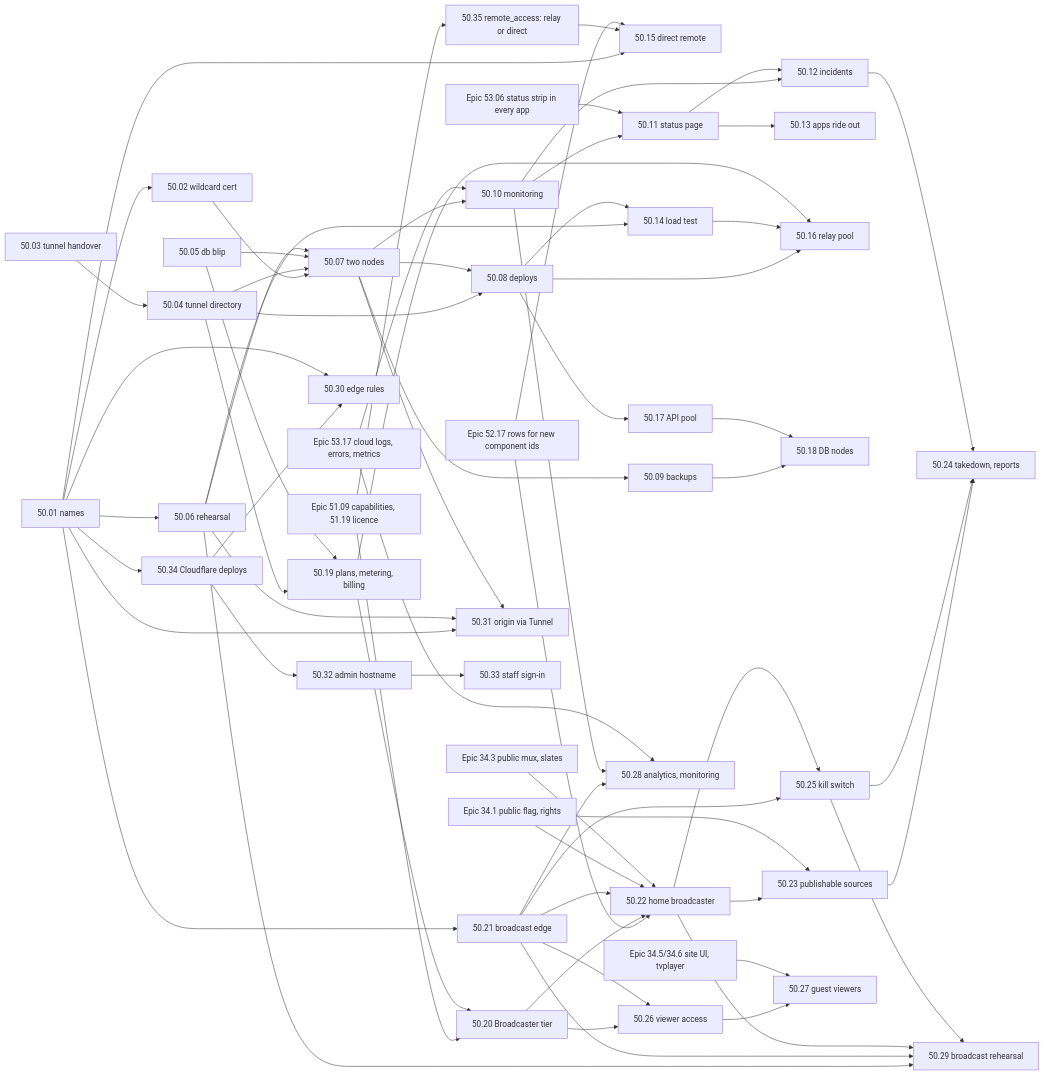
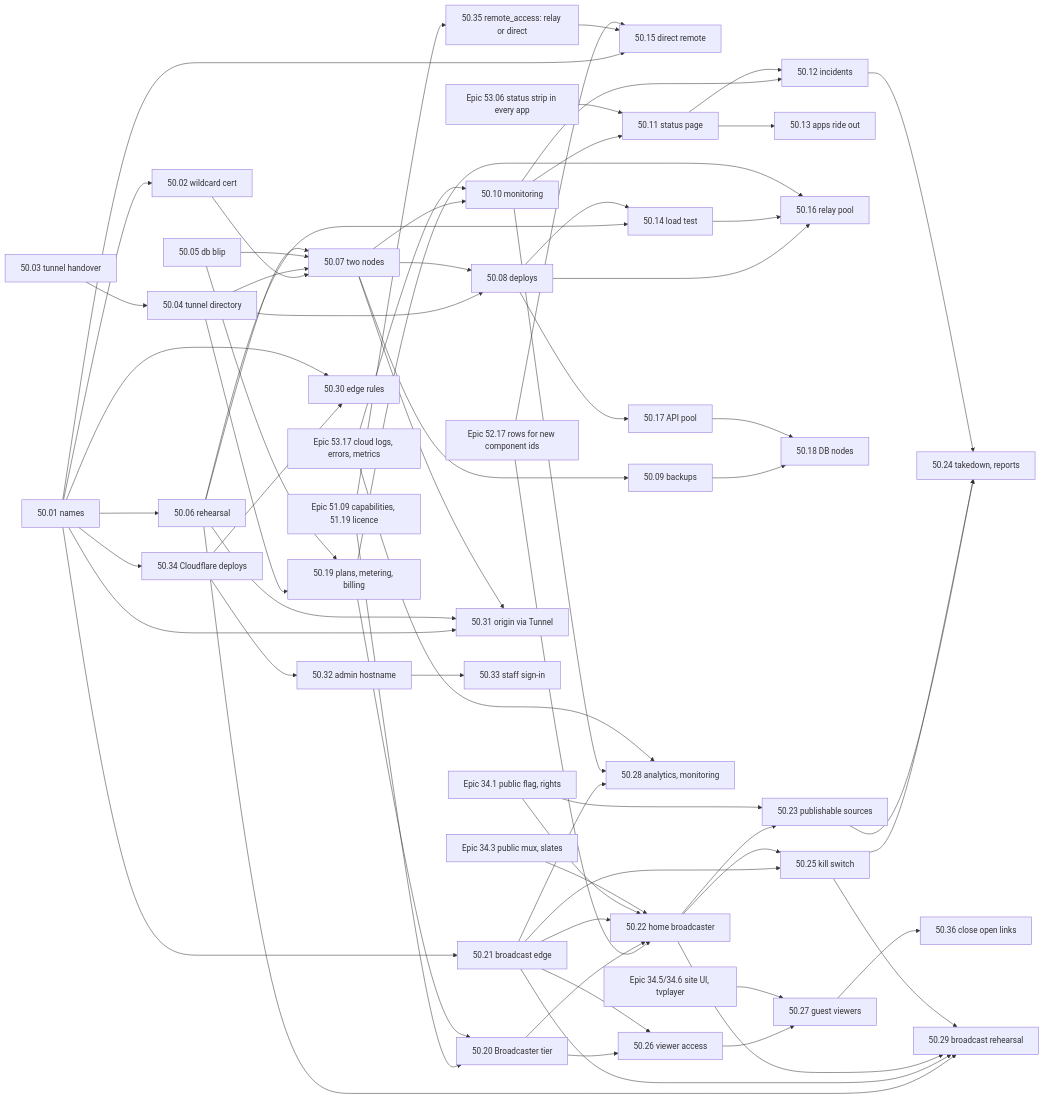
One commit to Hamza-Labs-Core/Maktaba changed the diagram in specs/epics/50-cloud-no-downtime/README.md. Above: the diagram before and after it, drawn with Mermaid. The commit also changed other lines of this file and 17 other files, not shown here.

First line of the commit message:
spec(epic-50): broadcasting is invite-only; 50.36 closes the open links

````diff
--- a/specs/epics/50-cloud-no-downtime/README.md
+++ b/specs/epics/50-cloud-no-downtime/README.md
@@ -444,68 +447,69 @@
 ```mermaid
 graph LR
   S01[50.01 names] --> S02[50.02 wildcard cert]
   S01 --> S06[50.06 rehearsal]
   S01 --> S15[50.15 direct remote]
   E51_09[Epic 51.09 capabilities, 51.19 licence] --> S35[50.35 remote_access: relay or direct]
   S35 --> S15
   E52_17[Epic 52.17 rows for new component ids] --> S15
   E52_17 --> S22
   E51_09 --> S20
   S03[50.03 tunnel handover] --> S04[50.04 tunnel directory]
   S02 --> S07[50.07 two nodes]
   S04 --> S07
   S05[50.05 db blip] --> S07
   S06 --> S07
   S04 --> S08[50.08 deploys]
   S07 --> S08
   S07 --> S09[50.09 backups]
   S07 --> S10[50.10 monitoring]
   S10 --> S11[50.11 status page]
   E53_17[Epic 53.17 cloud logs, errors, metrics] --> S10
   E53_06[Epic 53.06 status strip in every app] --> S11
   S10 --> S12[50.12 incidents]
   S11 --> S12
   S11 --> S13[50.13 apps ride out]
   S06 --> S14[50.14 load test]
   S08 --> S14
   S08 --> S16[50.16 relay pool]
   S14 --> S16
   S08 --> S17[50.17 API pool]
   S09 --> S18[50.18 DB nodes]
   S17 --> S18
   S04 --> S19[50.19 plans, metering, billing]
   S05 --> S19
   S19 --> S16
   S19 --> S20[50.20 Broadcaster tier]
   S20 --> S22
   S01 --> S21[50.21 broadcast edge]
   S21 --> S22[50.22 home broadcaster]
   E34_1[Epic 34.1 public flag, rights] --> S22
   E34_3[Epic 34.3 public mux, slates] --> S22
   S22 --> S23[50.23 publishable sources]
   E34_1 --> S23
   S21 --> S25[50.25 kill switch]
   S22 --> S25
   S23 --> S24[50.24 takedown, reports]
   S25 --> S24
   S12 --> S24
   S20 --> S26[50.26 viewer access]
   S21 --> S26
   S26 --> S27[50.27 guest viewers]
+  S27 --> S36[50.36 close open links]
   E34_5[Epic 34.5/34.6 site UI, tvplayer] --> S27
   S21 --> S28[50.28 analytics, monitoring]
   S10 --> S28
   E53_17 --> S28
   S06 --> S29[50.29 broadcast rehearsal]
   S21 --> S29
   S22 --> S29
   S25 --> S29
   S01 --> S34[50.34 Cloudflare deploys]
   S34 --> S30[50.30 edge rules]
   S01 --> S30
   S01 --> S31[50.31 origin via Tunnel]
   S06 --> S31
   S07 --> S31
   S34 --> S32[50.32 admin hostname]
   S32 --> S33[50.33 staff sign-in]
 ```
````
